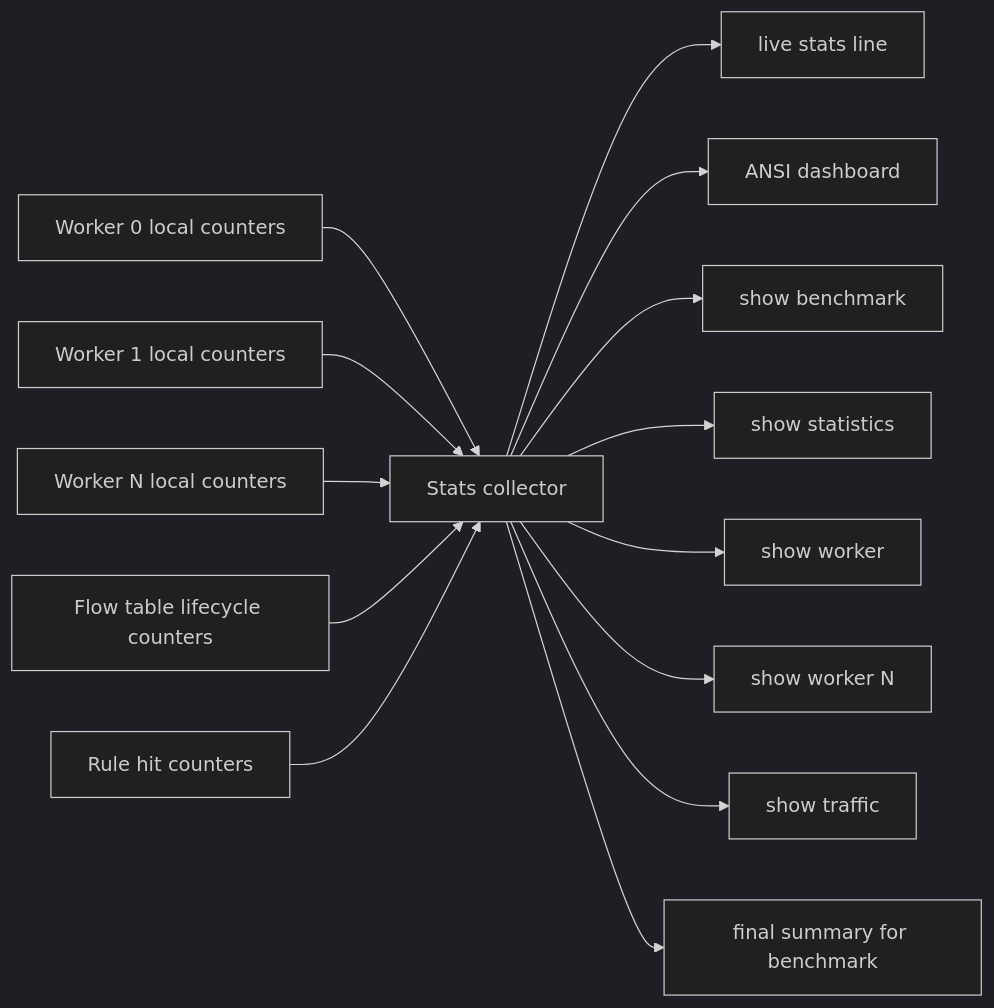
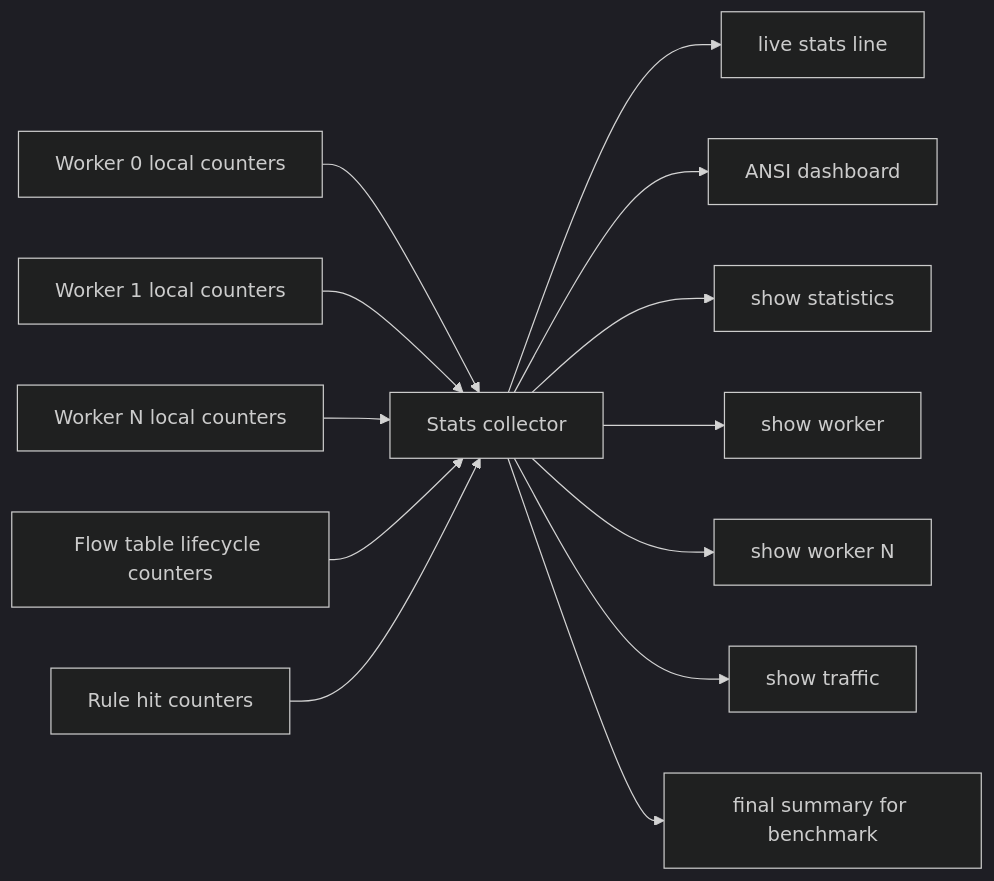
The ninth of 9 diagrams in reports/DESIGN_DIAGRAMS.md (UFOsonzz/VDT_HPC_FlowTable), drawn with Mermaid (dark theme) before and after one commit. The commit also changed 11 other files, not shown here.

````diff
--- a/reports/DESIGN_DIAGRAMS.md
+++ b/reports/DESIGN_DIAGRAMS.md
@@ -165,16 +165,15 @@
 ```mermaid
 flowchart LR
     W0[Worker 0 local counters] --> COL[Stats collector]
     W1[Worker 1 local counters] --> COL
     WN[Worker N local counters] --> COL
     FT[Flow table lifecycle counters] --> COL
     RH[Rule hit counters] --> COL
     COL --> LIVE[live stats line]
     COL --> DASH[ANSI dashboard]
-    COL --> BENCH[show benchmark]
     COL --> CLI1[show statistics]
     COL --> CLI2[show worker]
     COL --> CLI3[show worker N]
     COL --> CLI4[show traffic]
     COL --> SUM[final summary for benchmark]
 ```
````
